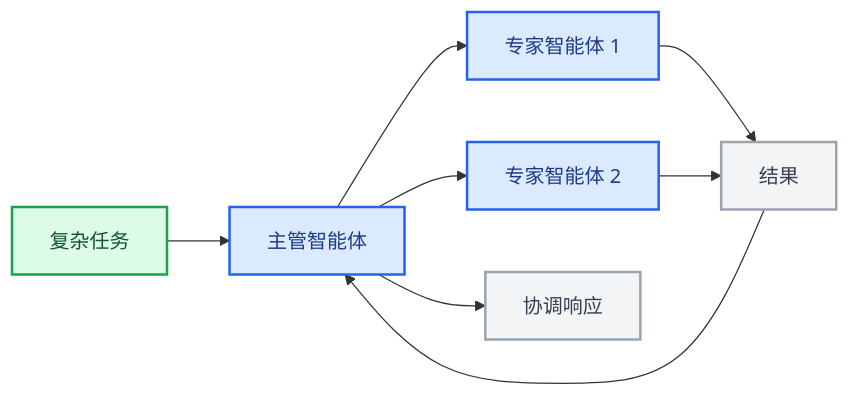
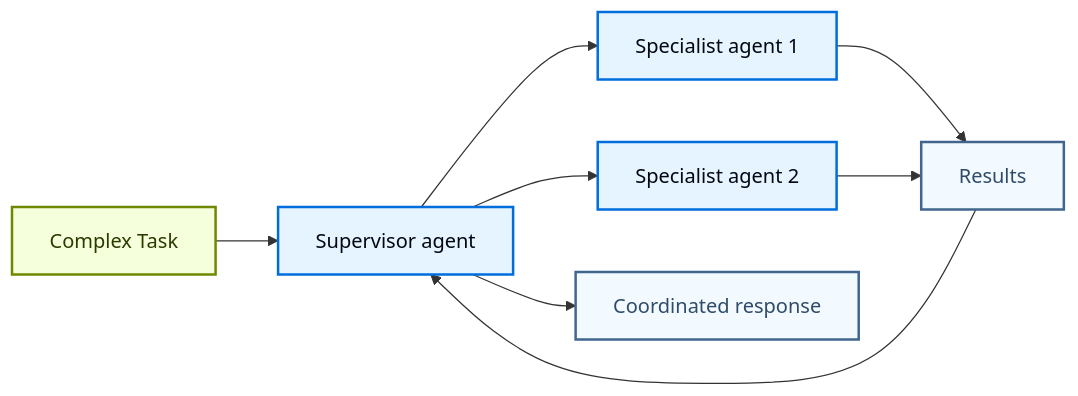
One commit to kunfan96/cndocs-langchain changed the fourth of 4 diagrams in oss/javascript/langchain/component-architecture.mdx. Above: the diagram before and after it, drawn with Mermaid. The commit also changed other lines of this file and 2538 other files, not shown here.

````diff
--- a/oss/javascript/langchain/component-architecture.mdx
+++ b/oss/javascript/langchain/component-architecture.mdx
@@ -130,18 +130,18 @@
 ```mermaid
 graph LR
-    A[复杂任务] --> B[主管智能体]
-    B --> C[专家智能体 1]
-    B --> D[专家智能体 2]
-    C --> E[结果]
+    A[Complex Task] --> B[Supervisor agent]
+    B --> C[Specialist agent 1]
+    B --> D[Specialist agent 2]
+    C --> E[Results]
     D --> E
     E --> B
-    B --> F[协调响应]
+    B --> F[Coordinated response]
 
-    classDef trigger fill:#DCFCE7,stroke:#16A34A,stroke-width:2px,color:#14532D
-    classDef process fill:#DBEAFE,stroke:#2563EB,stroke-width:2px,color:#1E3A8A
-    classDef neutral fill:#F3F4F6,stroke:#9CA3AF,stroke-width:2px,color:#374151
+    classDef trigger fill:#F6FFDB,stroke:#6E8900,stroke-width:2px,color:#2E3900
+    classDef process fill:#E5F4FF,stroke:#006DDD,stroke-width:2px,color:#030710
+    classDef neutral fill:#F2FAFF,stroke:#40668D,stroke-width:2px,color:#2F4B68
 
     class A trigger
     class B,C,D process
     class E,F neutral
 ```
````
